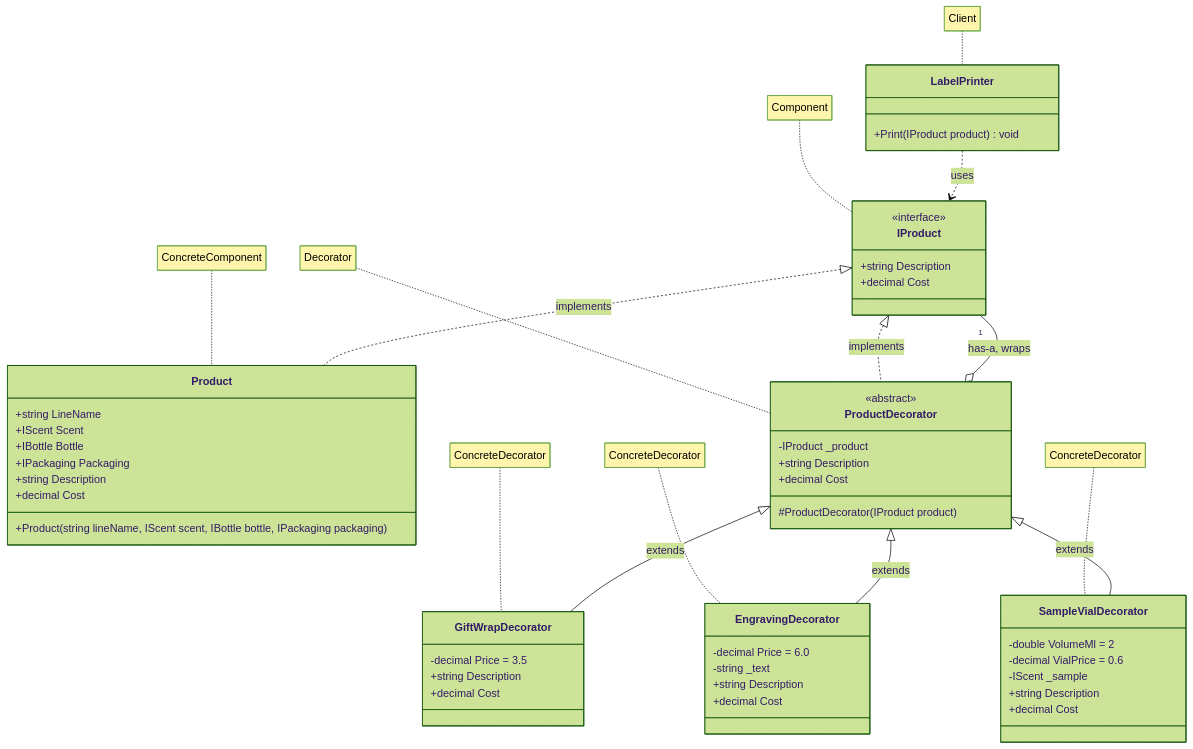
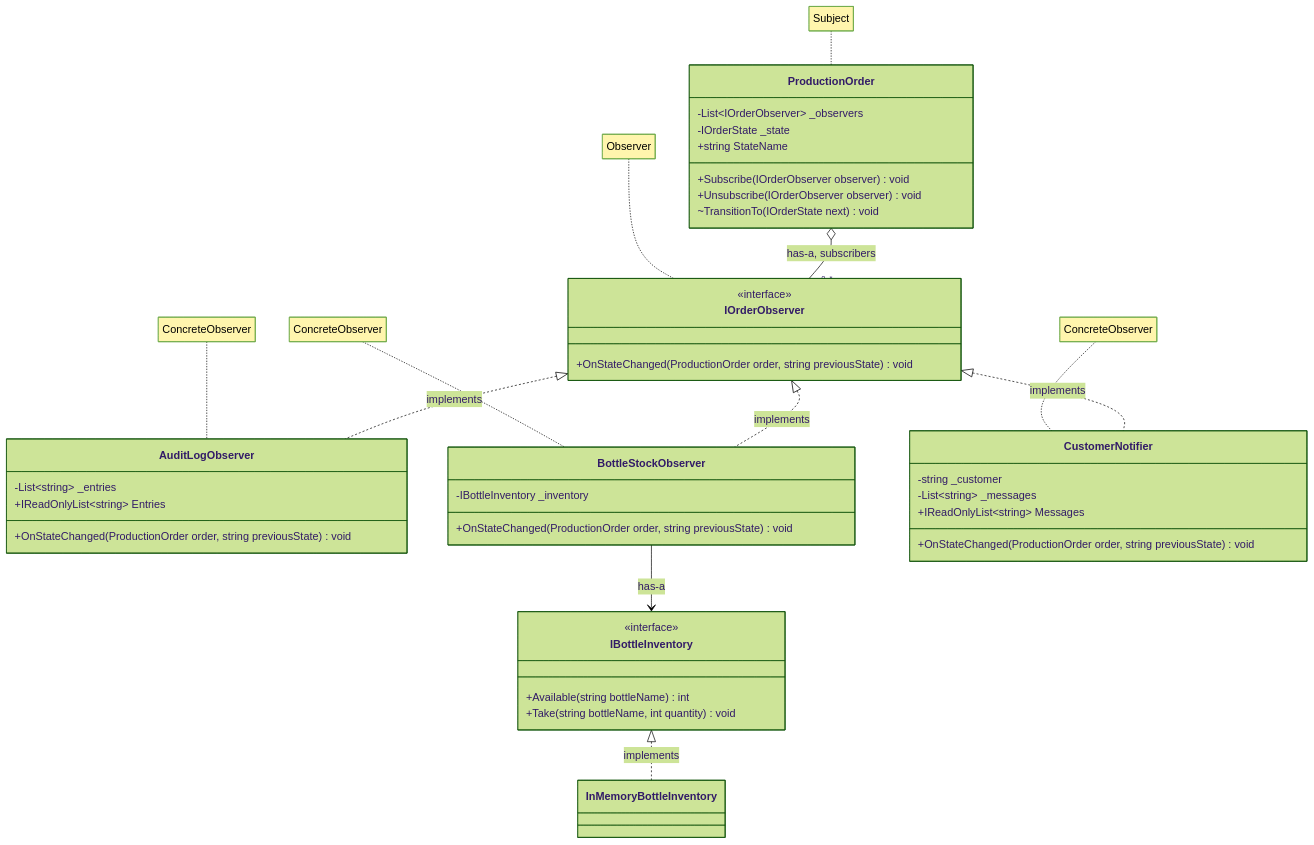
The fourth of 5 diagrams in REPORT.md (m0sji/TMPS_26), drawn with Mermaid (forest theme) before and after one commit. The commit also changed other lines of this file and 1 other file, not shown here.

````diff
--- a/REPORT.md
+++ b/REPORT.md
@@ -355,69 +452,57 @@
 ```mermaid
 classDiagram
     direction TB
 
-    class IProduct {
-        <<interface>>
-        +string Description
-        +decimal Cost
+    class ProductionOrder {
+        -List~IOrderObserver~ _observers
+        -IOrderState _state
+        +string StateName
+        +Subscribe(IOrderObserver observer) void
+        +Unsubscribe(IOrderObserver observer) void
+        ~TransitionTo(IOrderState next) void
     }
 
-    class Product {
-        +string LineName
-        +IScent Scent
-        +IBottle Bottle
-        +IPackaging Packaging
-        +Product(string lineName, IScent scent, IBottle bottle, IPackaging packaging)
-        +string Description
-        +decimal Cost
+    class IOrderObserver {
+        <<interface>>
+        +OnStateChanged(ProductionOrder order, string previousState) void
     }
 
-    class ProductDecorator {
-        <<abstract>>
-        -IProduct _product
-        #ProductDecorator(IProduct product)
-        +string Description
-        +decimal Cost
+    class AuditLogObserver {
+        -List~string~ _entries
+        +IReadOnlyList~string~ Entries
+        +OnStateChanged(ProductionOrder order, string previousState) void
     }
 
-    class GiftWrapDecorator {
-        -decimal Price = 3.5
-        +string Description
-        +decimal Cost
+    class BottleStockObserver {
+        -IBottleInventory _inventory
+        +OnStateChanged(ProductionOrder order, string previousState) void
     }
 
-    class EngravingDecorator {
-        -decimal Price = 6.0
-        -string _text
-        +string Description
-        +decimal Cost
+    class CustomerNotifier {
+        -string _customer
+        -List~string~ _messages
+        +IReadOnlyList~string~ Messages
+        +OnStateChanged(ProductionOrder order, string previousState) void
     }
 
-    class SampleVialDecorator {
-        -double VolumeMl = 2
-        -decimal VialPrice = 0.6
-        -IScent _sample
-        +string Description
-        +decimal Cost
+    class IBottleInventory {
+        <<interface>>
+        +Available(string bottleName) int
+        +Take(string bottleName, int quantity) void
     }
 
-    class LabelPrinter {
-        +Print(IProduct product) void
-    }
+    class InMemoryBottleInventory
 
-    IProduct <|.. Product : implements
-    IProduct <|.. ProductDecorator : implements
-    ProductDecorator o-- "1" IProduct : has-a, wraps
-    ProductDecorator <|-- GiftWrapDecorator : extends
-    ProductDecorator <|-- EngravingDecorator : extends
-    ProductDecorator <|-- SampleVialDecorator : extends
-    LabelPrinter ..> IProduct : uses
+    ProductionOrder o-- "0..*" IOrderObserver : has-a, subscribers
+    IOrderObserver <|.. AuditLogObserver : implements
+    IOrderObserver <|.. BottleStockObserver : implements
+    IOrderObserver <|.. CustomerNotifier : implements
+    BottleStockObserver --> IBottleInventory : has-a
+    IBottleInventory <|.. InMemoryBottleInventory : implements
 
-    note for IProduct "Component"
-    note for Product "ConcreteComponent"
-    note for ProductDecorator "Decorator"
-    note for GiftWrapDecorator "ConcreteDecorator"
-    note for EngravingDecorator "ConcreteDecorator"
-    note for SampleVialDecorator "ConcreteDecorator"
-    note for LabelPrinter "Client"
+    note for ProductionOrder "Subject"
+    note for IOrderObserver "Observer"
+    note for AuditLogObserver "ConcreteObserver"
+    note for BottleStockObserver "ConcreteObserver"
+    note for CustomerNotifier "ConcreteObserver"
 ```
````
